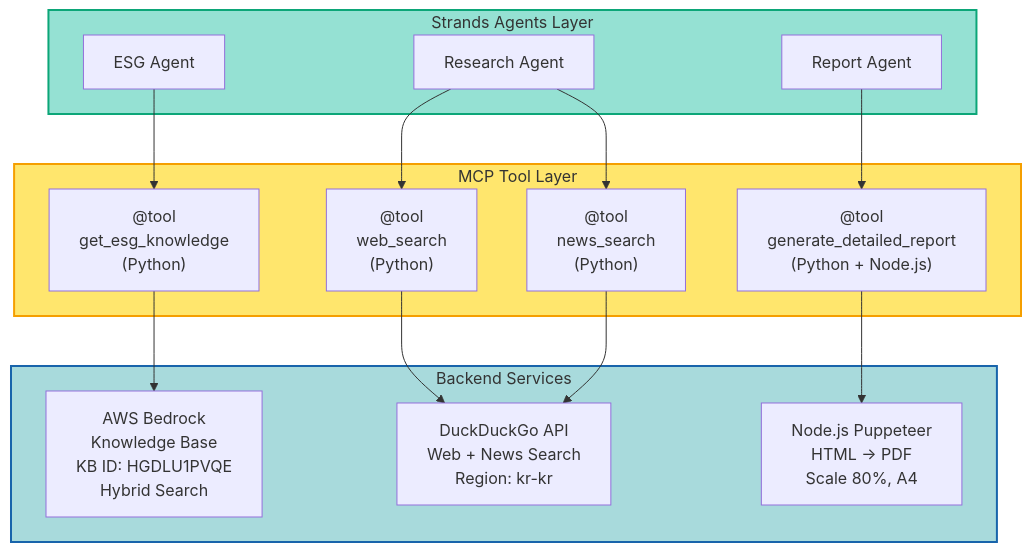
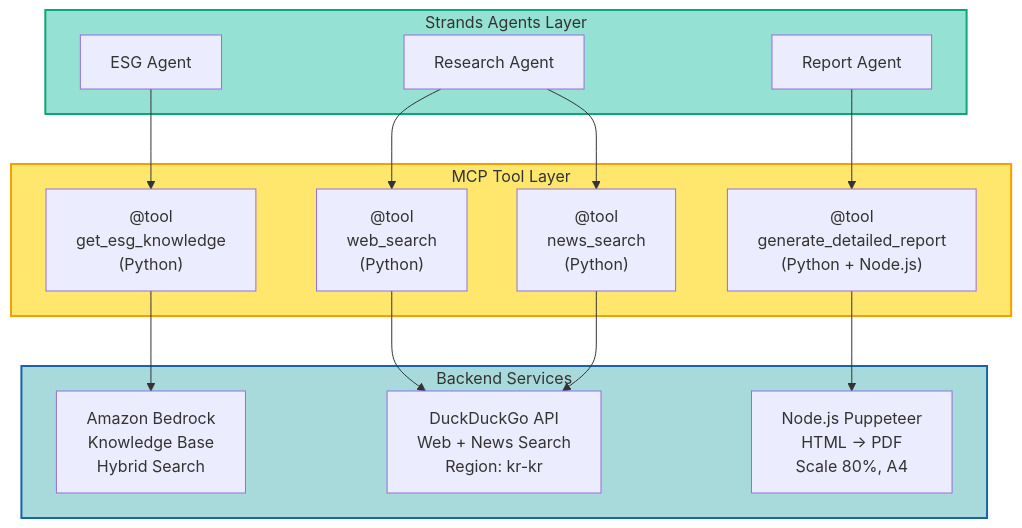
One commit to jesamkim/agentic-multi-agent changed the fifth of 5 diagrams in README.md. Above: the diagram before and after it, drawn with Mermaid.

Commit message:
docs: Remove KB ID from public documentation

````diff
--- a/README.md
+++ b/README.md
@@ -584,35 +584,35 @@
 ```mermaid
 flowchart TD
     subgraph Agents["Strands Agents Layer"]
         ESG[ESG Agent]
         Research[Research Agent]
         Report[Report Agent]
     end
 
     subgraph MCP["MCP Tool Layer"]
         KB_Tool["@tool<br/>get_esg_knowledge<br/>(Python)"]
         Web_Tool["@tool<br/>web_search<br/>(Python)"]
         News_Tool["@tool<br/>news_search<br/>(Python)"]
         PDF_Tool["@tool<br/>generate_detailed_report<br/>(Python + Node.js)"]
     end
 
     subgraph Backends["Backend Services"]
-        BedrockKB["AWS Bedrock<br/>Knowledge Base<br/>KB ID: HGDLU1PVQE<br/>Hybrid Search"]
+        BedrockKB["Amazon Bedrock<br/>Knowledge Base<br/>Hybrid Search"]
         DuckDuckGo["DuckDuckGo API<br/>Web + News Search<br/>Region: kr-kr"]
         Puppeteer["Node.js Puppeteer<br/>HTML → PDF<br/>Scale 80%, A4"]
     end
 
     ESG --> KB_Tool
     Research --> Web_Tool
     Research --> News_Tool
     Report --> PDF_Tool
 
     KB_Tool --> BedrockKB
     Web_Tool --> DuckDuckGo
     News_Tool --> DuckDuckGo
     PDF_Tool --> Puppeteer
 
     style Agents fill:#95E1D3,stroke:#0CA678,stroke-width:2px
     style MCP fill:#FFE66D,stroke:#F59F00,stroke-width:2px
     style Backends fill:#A8DADC,stroke:#1864AB,stroke-width:2px
 ```
````
